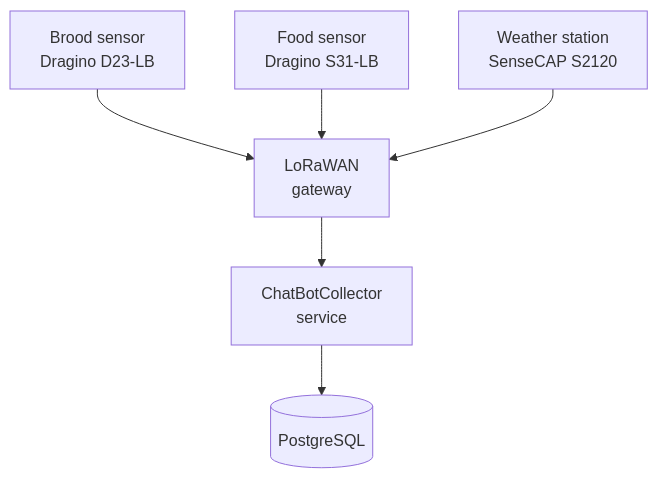
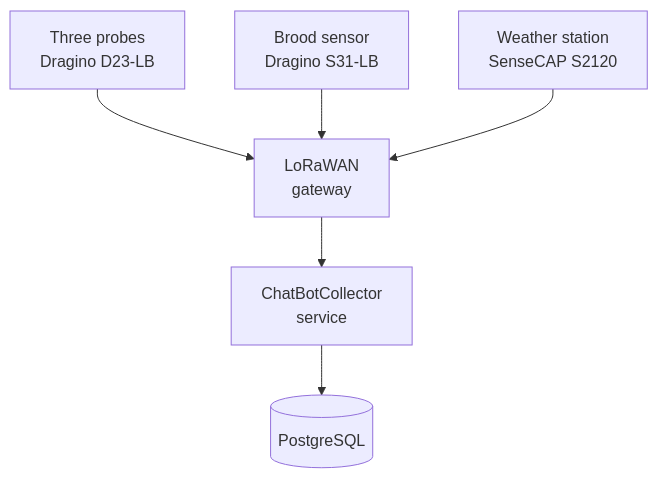
One commit to arkadiahn/beehappy-workshop changed the diagram in beehappy-workshop-slide/pages/01-intro.md. Above: the diagram before and after it, drawn with Mermaid. The commit also changed other lines of this file and 27 other files, not shown here.

````diff
--- a/beehappy-workshop-slide/pages/01-intro.md
+++ b/beehappy-workshop-slide/pages/01-intro.md
@@ -84,8 +181,8 @@
 ```mermaid {scale: 0.62, theme: 'base', themeVariables: {primaryColor: '#fef3c7', primaryBorderColor: '#f59e0b', primaryTextColor: '#92400e', lineColor: '#d97706', secondaryColor: '#fde68a', tertiaryColor: '#fffbeb', fontFamily: 'Inter, sans-serif'}}
 graph TD
-  A[Brood sensor<br/>Dragino D23-LB] --> G[LoRaWAN<br/>gateway]
-  B[Food sensor<br/>Dragino S31-LB] --> G
+  A[Three probes<br/>Dragino D23-LB] --> G[LoRaWAN<br/>gateway]
+  B[Brood sensor<br/>Dragino S31-LB] --> G
   C[Weather station<br/>SenseCAP S2120] --> G
   G --> D[ChatBotCollector<br/>service]
   D --> E[(PostgreSQL)]
 ```
````
